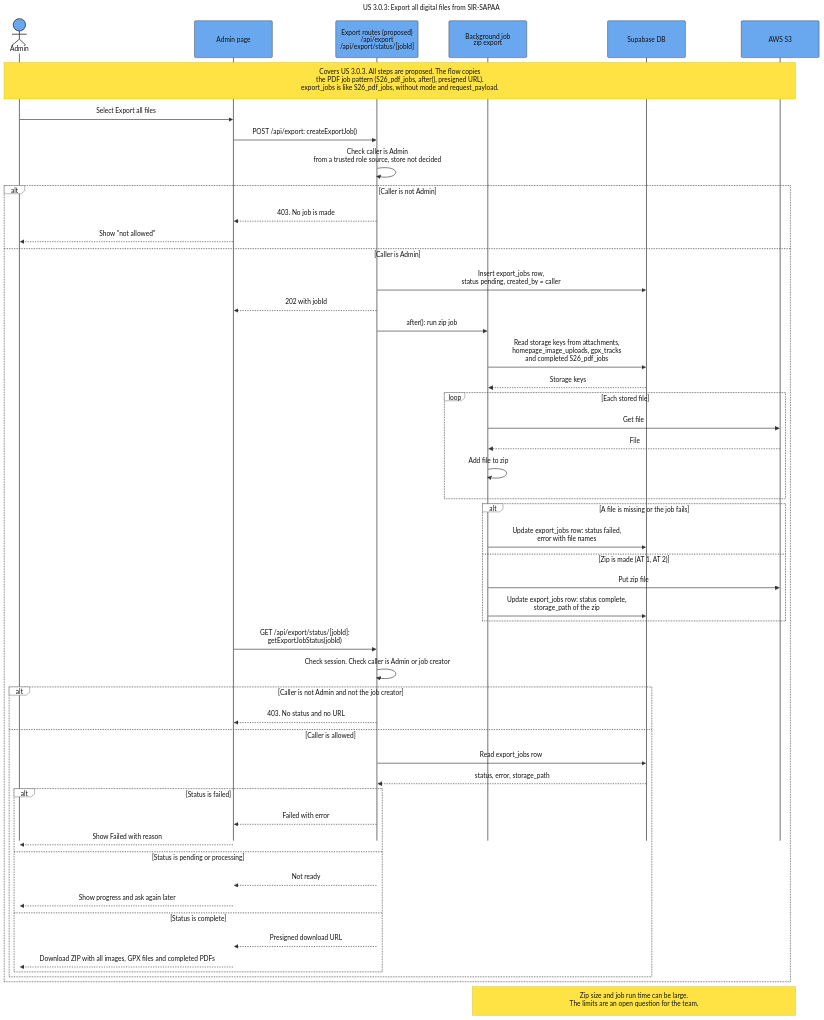
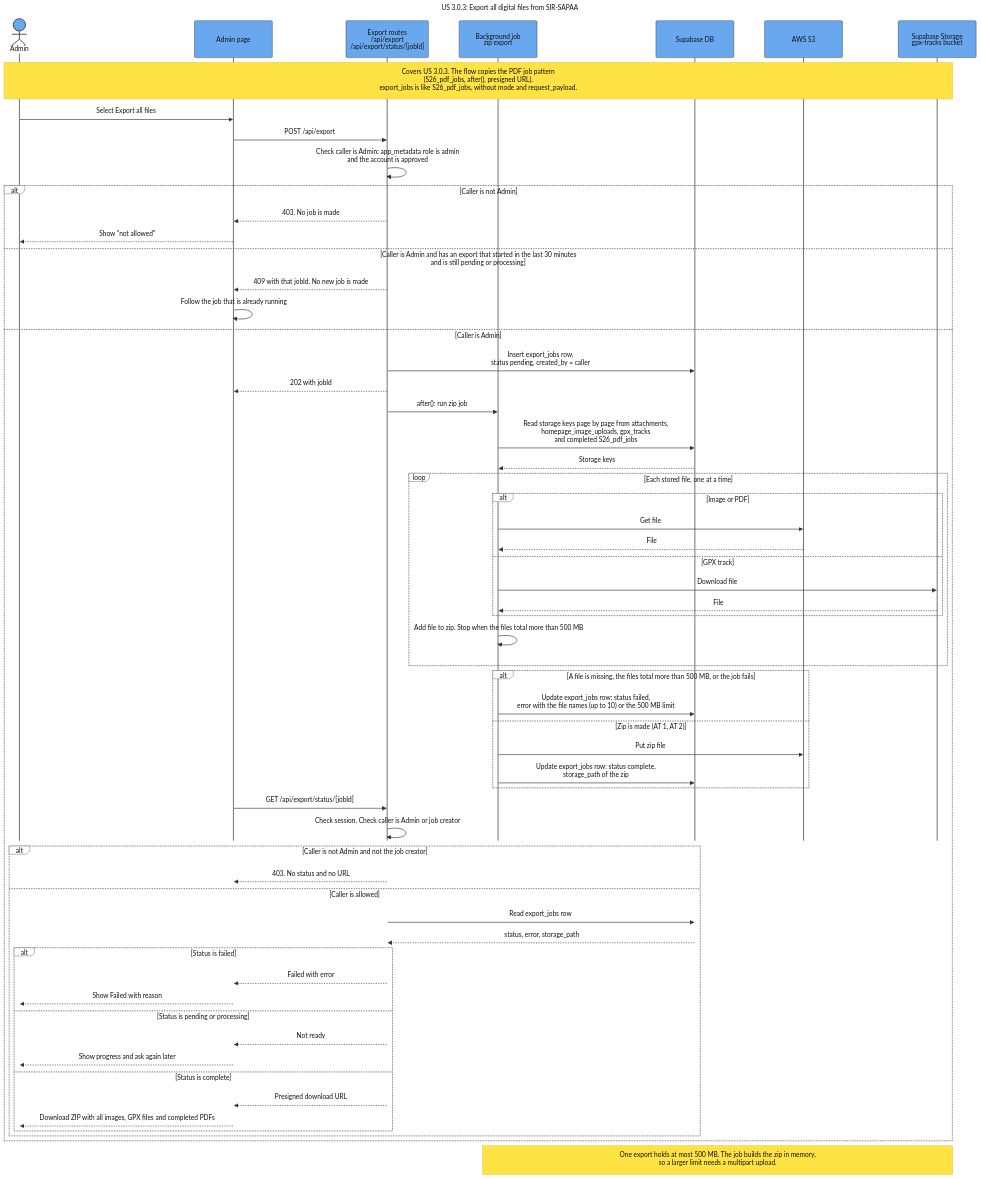
The diagram in docs/assets/Sequence_US_3_0_3_Export_All_Digital_Files.mmd (SAPAA-Dev/W26Project-SAPAA-Dev-Team), drawn with Mermaid before and after one commit. The commit also changed 214 other files, not shown here.

```diff
--- a/docs/assets/Sequence_US_3_0_3_Export_All_Digital_Files.mmd
+++ b/docs/assets/Sequence_US_3_0_3_Export_All_Digital_Files.mmd
@@ -1,96 +1,105 @@
 ---
 title: "US 3.0.3: Export all digital files from SIR-SAPAA"
 config:
   theme: base
   sequence:
     actorMargin: 75
     boxMargin: 12
     diagramMarginX: 45
     diagramMarginY: 30
     messageMargin: 40
     noteMargin: 16
     mirrorActors: false
     width: 190
     height: 90
   themeVariables:
     background: "#ffffff"
     primaryColor: "#69a8ef"
     primaryBorderColor: "#333333"
     primaryTextColor: "#111111"
     actorBkg: "#69a8ef"
     actorBorder: "#333333"
     actorTextColor: "#111111"
     actorLineColor: "#555555"
     signalColor: "#333333"
     signalTextColor: "#111111"
     activationBkgColor: "#cdd3db"
     activationBorderColor: "#cdd3db"
     noteBkgColor: "#ffe344"
     noteBorderColor: "#d4ba24"
     noteTextColor: "#111111"
     labelBoxBkgColor: "#ffffff"
     labelBoxBorderColor: "#555555"
     labelTextColor: "#111111"
     loopTextColor: "#111111"
     altBackground: "#ffffff"
   themeCSS: |
     .actor-line {
       stroke-dasharray: 10 10 !important;
       stroke-width: 1.25px !important;
     }
 ---
 sequenceDiagram
     autonumber off
     actor Admin
     participant Page as Admin page
-    participant Api as Export routes (proposed)<br/>/api/export<br/>/api/export/status/[jobId]
+    participant Api as Export routes<br/>/api/export<br/>/api/export/status/[jobId]
     participant Job as Background job<br/>zip export
     participant DB as Supabase DB
     participant S3 as AWS S3
+    participant Store as Supabase Storage<br/>gpx-tracks bucket
 
-    Note over Admin,S3: Covers US 3.0.3. All steps are proposed. The flow copies<br/>the PDF job pattern (S26_pdf_jobs, after(), presigned URL).<br/>export_jobs is like S26_pdf_jobs, without mode and request_payload.
+    Note over Admin,Store: Covers US 3.0.3. The flow copies the PDF job pattern<br/>(S26_pdf_jobs, after(), presigned URL).<br/>export_jobs is like S26_pdf_jobs, without mode and request_payload.
 
     Admin->>Page: Select Export all files
-    Page->>Api: POST /api/export: createExportJob()
-    Api->>Api: Check caller is Admin<br/>from a trusted role source, store not decided
+    Page->>Api: POST /api/export
+    Api->>Api: Check caller is Admin: app_metadata role is admin<br/>and the account is approved
     alt Caller is not Admin
         Api-->>Page: 403. No job is made
         Page-->>Admin: Show "not allowed"
+    else Caller is Admin and has an export that started in the last 30 minutes<br/>and is still pending or processing
+        Api-->>Page: 409 with that jobId. No new job is made
+        Page->>Page: Follow the job that is already running
     else Caller is Admin
         Api->>DB: Insert export_jobs row,<br/>status pending, created_by = caller
         Api-->>Page: 202 with jobId
         Api->>Job: after(): run zip job
-        Job->>DB: Read storage keys from attachments,<br/>homepage_image_uploads, gpx_tracks<br/>and completed S26_pdf_jobs
+        Job->>DB: Read storage keys page by page from attachments,<br/>homepage_image_uploads, gpx_tracks<br/>and completed S26_pdf_jobs
         DB-->>Job: Storage keys
-        loop Each stored file
-            Job->>S3: Get file
-            S3-->>Job: File
-            Job->>Job: Add file to zip
+        loop Each stored file, one at a time
+            alt Image or PDF
+                Job->>S3: Get file
+                S3-->>Job: File
+            else GPX track
+                Job->>Store: Download file
+                Store-->>Job: File
+            end
+            Job->>Job: Add file to zip. Stop when the files total more than 500 MB
         end
-        alt A file is missing or the job fails
-            Job->>DB: Update export_jobs row: status failed,<br/>error with file names
+        alt A file is missing, the files total more than 500 MB, or the job fails
+            Job->>DB: Update export_jobs row: status failed,<br/>error with the file names (up to 10) or the 500 MB limit
         else Zip is made (AT 1, AT 2)
             Job->>S3: Put zip file
             Job->>DB: Update export_jobs row: status complete,<br/>storage_path of the zip
         end
-        Page->>Api: GET /api/export/status/[jobId]:<br/>getExportJobStatus(jobId)
+        Page->>Api: GET /api/export/status/[jobId]
         Api->>Api: Check session. Check caller is Admin or job creator
         alt Caller is not Admin and not the job creator
             Api-->>Page: 403. No status and no URL
         else Caller is allowed
             Api->>DB: Read export_jobs row
             DB-->>Api: status, error, storage_path
             alt Status is failed
                 Api-->>Page: Failed with error
                 Page-->>Admin: Show Failed with reason
             else Status is pending or processing
                 Api-->>Page: Not ready
                 Page-->>Admin: Show progress and ask again later
             else Status is complete
                 Api-->>Page: Presigned download URL
                 Page-->>Admin: Download ZIP with all images, GPX files and completed PDFs
             end
         end
     end
 
-    Note over Job,S3: Zip size and job run time can be large.<br/>The limits are an open question for the team.
+    Note over Job,Store: One export holds at most 500 MB. The job builds the zip in memory,<br/>so a larger limit needs a multipart upload.
```
